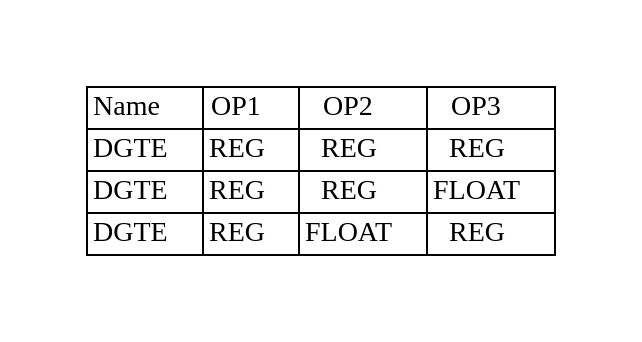
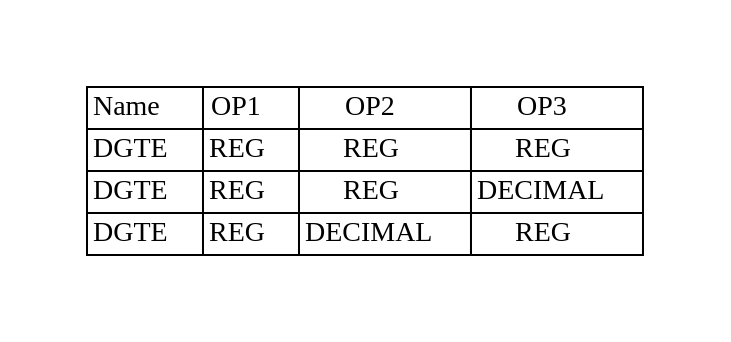
The diagram in docs/books/crexx_vm_spec/svg/dgte.gv (adesutherland/CREXX), drawn with Graphviz before and after one commit. The commit also changed 103 other files, not shown here.

```diff
--- a/docs/books/crexx_vm_spec/svg/dgte.gv
+++ b/docs/books/crexx_vm_spec/svg/dgte.gv
@@ -1,11 +1,11 @@
 digraph{
 graph [pad="0.5", nodesep="0.5", ranksep="2" ]
 node [shape=plain]
 Foo [label=<
 <table border="0" cellborder="1" cellspacing="0">
 <tr><td> Name </td> <td> OP1 </td><td> OP2 </td><td> OP3 </td> </tr>
 <tr><td> DGTE </td><td> REG </td><td> REG </td><td> REG </td> </tr>
-<tr><td> DGTE </td><td> REG </td><td> REG </td><td> FLOAT </td> </tr>
-<tr><td> DGTE </td><td> REG </td><td> FLOAT </td><td> REG </td> </tr>
+<tr><td> DGTE </td><td> REG </td><td> REG </td><td> DECIMAL </td> </tr>
+<tr><td> DGTE </td><td> REG </td><td> DECIMAL </td><td> REG </td> </tr>
 </table>>];
 }
```
